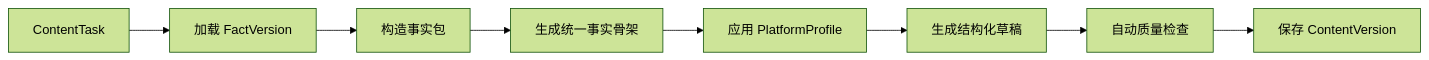
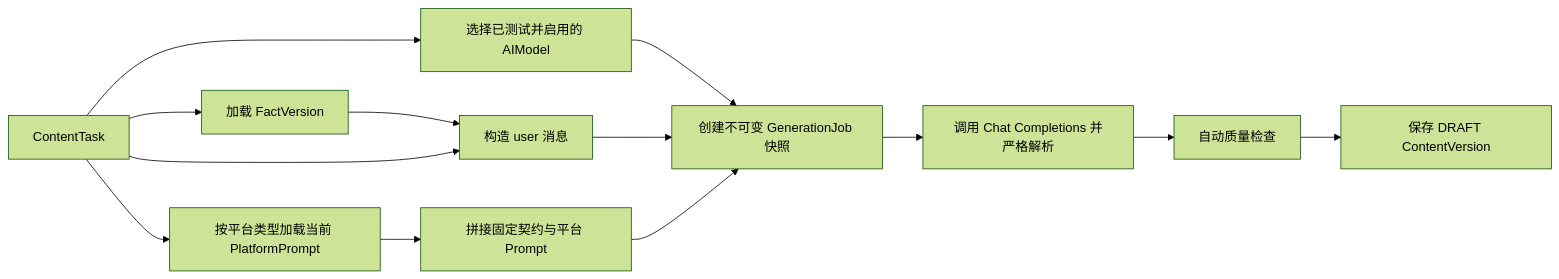
The third of 4 diagrams in docs/GEO多平台内容运营系统方案设计.md (ccisnoxx/partsignal), drawn with Mermaid (forest theme) before and after one commit. The commit also changed other lines of this file and 56 other files, not shown here.

````diff
--- a/docs/GEO多平台内容运营系统方案设计.md
+++ b/docs/GEO多平台内容运营系统方案设计.md
@@ -346,10 +437,15 @@
 ```mermaid
 flowchart LR
     A[ContentTask] --> B[加载 FactVersion]
-    B --> C[构造事实包]
-    C --> D[生成统一事实骨架]
-    D --> E[应用 PlatformProfile]
-    E --> F[生成结构化草稿]
-    F --> G[自动质量检查]
-    G --> H[保存 ContentVersion]
+    A --> C[按平台类型加载当前 PlatformPrompt]
+    A --> D[选择已测试并启用的 AIModel]
+    B --> E[构造 user 消息]
+    A --> E
+    C --> F[拼接固定契约与平台 Prompt]
+    D --> G[创建不可变 GenerationJob 快照]
+    E --> G
+    F --> G
+    G --> H[调用 Chat Completions 并严格解析]
+    H --> I[自动质量检查]
+    I --> J[保存 DRAFT ContentVersion]
 ```
````
